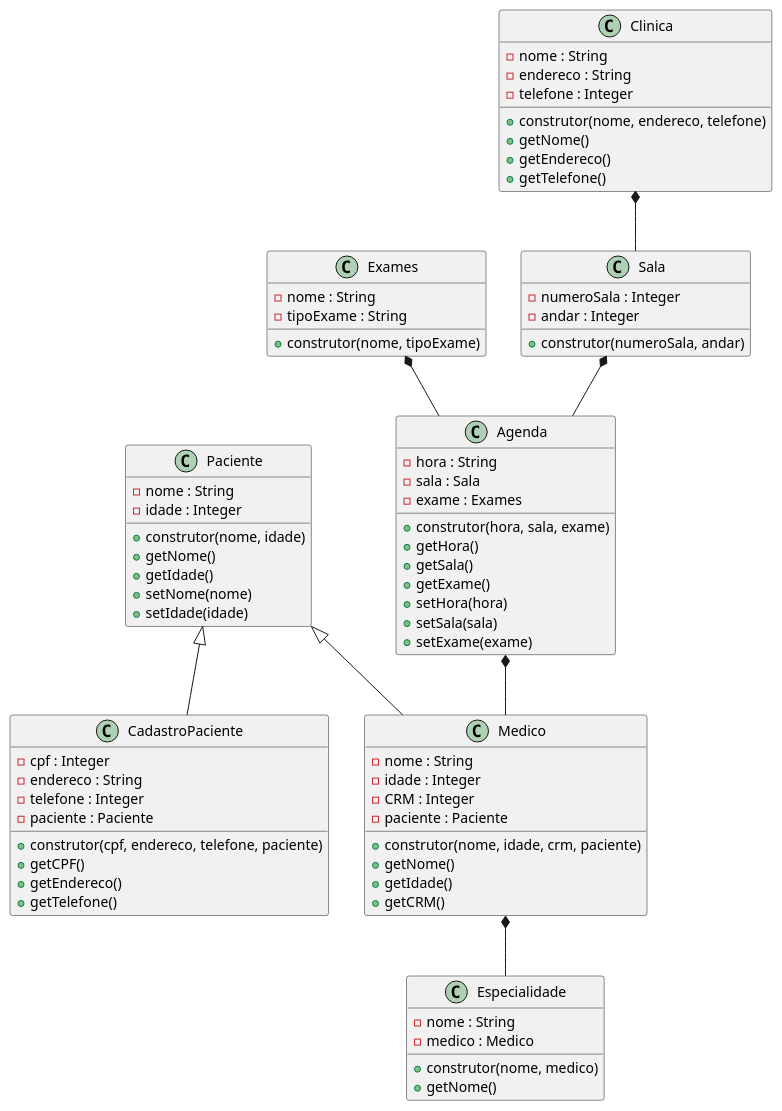
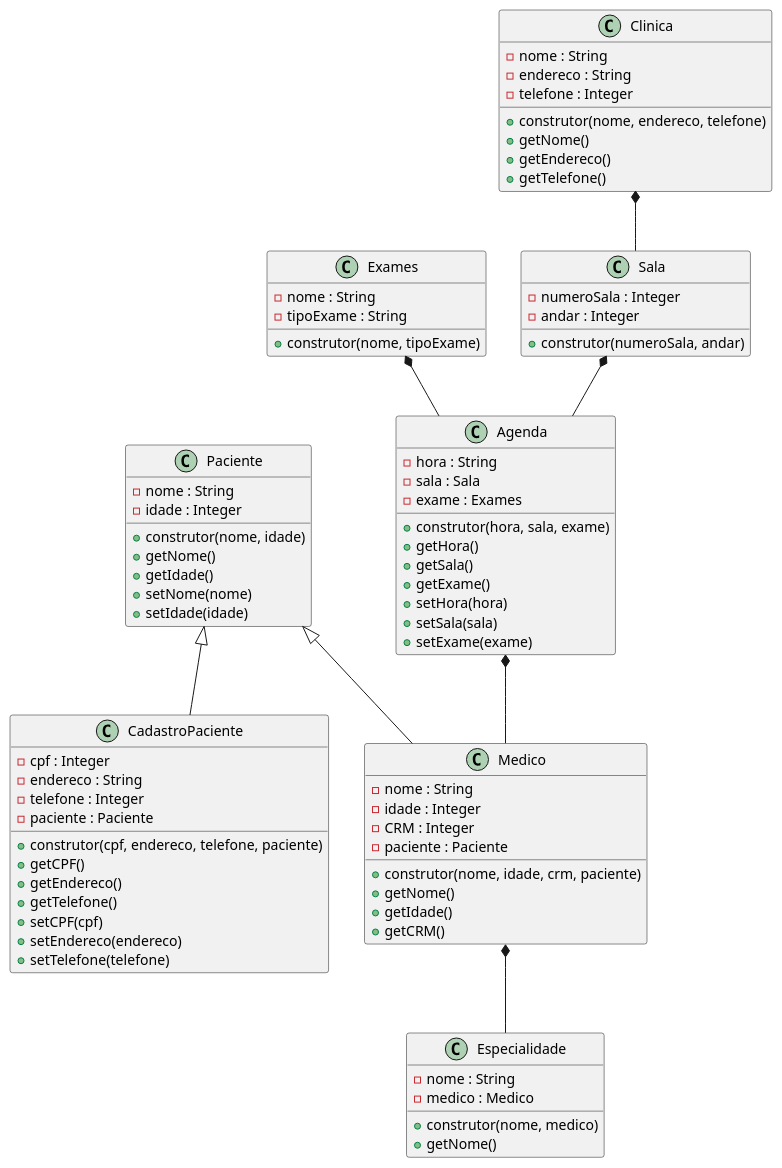
The diagram in diagrama.plantuml (anleaes/2022-1-N2-POO-03), drawn with PlantUML before and after one commit.

Commit message:
criado sets na classe cadastroPaciente

```diff
--- a/diagrama.plantuml
+++ b/diagrama.plantuml
@@ -1,85 +1,88 @@
 @startuml Gerenciamento de Exames Medicos
 
     class Agenda{
         - hora : String
         - sala : Sala
         - exame : Exames
         + construtor(hora, sala, exame)
         + getHora()
         + getSala()
         + getExame()
         + setHora(hora)
         + setSala(sala)
         + setExame(exame)
     }
 
     class Paciente{
         - nome : String
         - idade : Integer
         + construtor(nome, idade)
         + getNome()
         + getIdade()
         + setNome(nome)
         + setIdade(idade)
     }
 
     class CadastroPaciente{
         - cpf : Integer
         - endereco : String
         - telefone : Integer
         - paciente : Paciente
         + construtor(cpf, endereco, telefone, paciente)
         + getCPF()
         + getEndereco()
         + getTelefone()
+        + setCPF(cpf)
+        + setEndereco(endereco)
+        + setTelefone(telefone)
     }
 
     class Medico{
         - nome : String
         - idade : Integer
         - CRM : Integer
         - paciente : Paciente
         + construtor(nome, idade, crm, paciente)
         + getNome()
         + getIdade()
         + getCRM()
     }
 
     class Exames{
         - nome : String
         - tipoExame : String
         + construtor(nome, tipoExame)
     }
 
     class Especialidade{
         - nome : String
         - medico : Medico
         + construtor(nome, medico)
         + getNome()
     }
 
     class Clinica{
         - nome : String
         - endereco : String
         - telefone : Integer
         + construtor(nome, endereco, telefone)
         + getNome()
         + getEndereco()
         + getTelefone()
     }
 
     class Sala{
         - numeroSala : Integer
         - andar : Integer
         + construtor(numeroSala, andar)
     }
 
     Paciente <|-- CadastroPaciente
     Paciente <|-- Medico
     Medico *-- Especialidade
     Exames *-- Agenda
     Sala *-- Agenda
     Agenda *-- Medico
     Clinica *-- Sala
 
 @enduml
```
